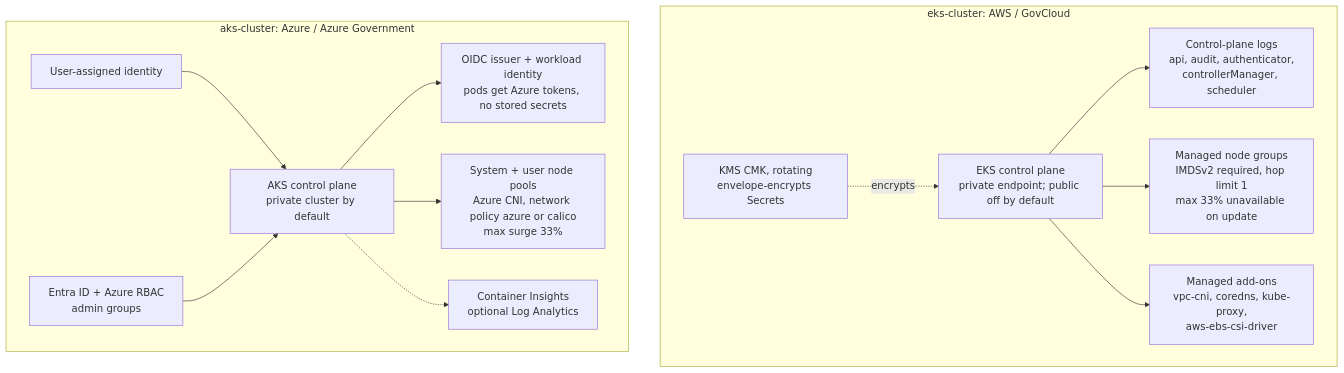
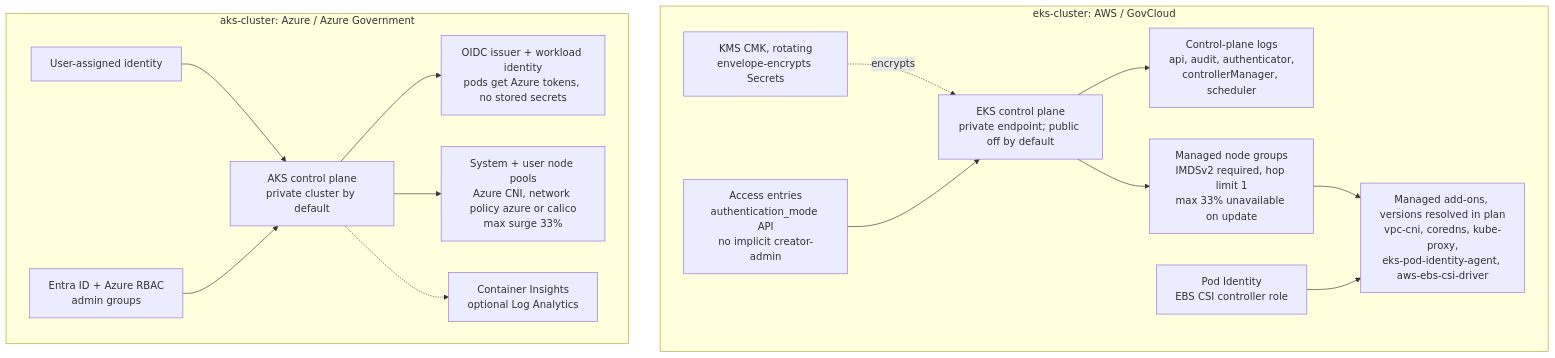
The diagram in README.md (Krustytoe/kubernetes-platform-modules), drawn with Mermaid before and after one commit. The commit also changed other lines of this file and 10 other files, not shown here.

````diff
--- a/README.md
+++ b/README.md
@@ -14,28 +14,32 @@
 ```mermaid
 flowchart TB
   subgraph eks["eks-cluster: AWS / GovCloud"]
     eapi["EKS control plane<br/>private endpoint; public off by default"]
     ekms["KMS CMK, rotating<br/>envelope-encrypts Secrets"]
     elog["Control-plane logs<br/>api, audit, authenticator,<br/>controllerManager, scheduler"]
     eng["Managed node groups<br/>IMDSv2 required, hop limit 1<br/>max 33% unavailable on update"]
-    eadd["Managed add-ons<br/>vpc-cni, coredns, kube-proxy,<br/>aws-ebs-csi-driver"]
+    eacc["Access entries<br/>authentication_mode API<br/>no implicit creator-admin"]
+    eadd["Managed add-ons, versions resolved in plan<br/>vpc-cni, coredns, kube-proxy,<br/>eks-pod-identity-agent, aws-ebs-csi-driver"]
+    epi["Pod Identity<br/>EBS CSI controller role"]
     ekms -. "encrypts" .-> eapi
+    eacc --> eapi
     eapi --> elog
     eapi --> eng
-    eapi --> eadd
+    eng --> eadd
+    epi --> eadd
   end
 
   subgraph aks["aks-cluster: Azure / Azure Government"]
     aapi["AKS control plane<br/>private cluster by default"]
     aid["User-assigned identity"]
     arbac["Entra ID + Azure RBAC<br/>admin groups"]
     awi["OIDC issuer + workload identity<br/>pods get Azure tokens, no stored secrets"]
     anp["System + user node pools<br/>Azure CNI, network policy azure or calico<br/>max surge 33%"]
     ala["Container Insights<br/>optional Log Analytics"]
     aid --> aapi
     arbac --> aapi
     aapi --> awi
     aapi --> anp
     aapi -.-> ala
   end
 ```
````
